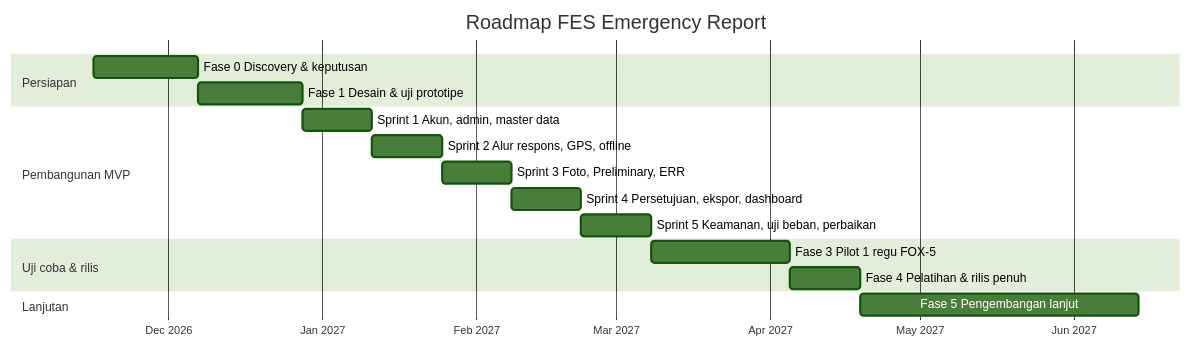
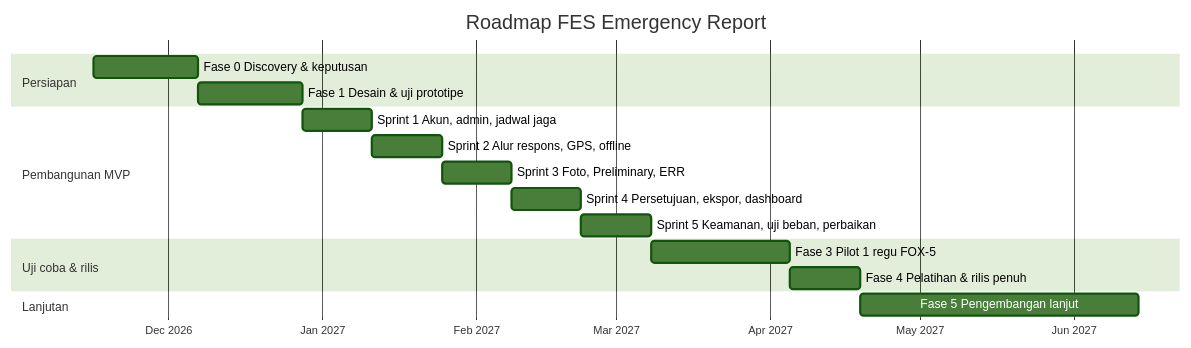
The third of 3 diagrams in PRD.md (Ghyland17/leoghynizm), drawn with Mermaid (forest theme) before and after one commit. The commit also changed other lines of this file, not shown here.

````diff
--- a/PRD.md
+++ b/PRD.md
@@ -643,20 +678,20 @@
 ```mermaid
 gantt
   title Roadmap FES Emergency Report
   dateFormat YYYY-MM-DD
   axisFormat %b %Y
   section Persiapan
   Fase 0 Discovery & keputusan        :f0, 2026-11-16, 3w
   Fase 1 Desain & uji prototipe        :f1, after f0, 3w
   section Pembangunan MVP
-  Sprint 1 Akun, admin, master data    :s1, after f1, 2w
+  Sprint 1 Akun, admin, jadwal jaga   :s1, after f1, 2w
   Sprint 2 Alur respons, GPS, offline  :s2, after s1, 2w
   Sprint 3 Foto, Preliminary, ERR      :s3, after s2, 2w
   Sprint 4 Persetujuan, ekspor, dashboard :s4, after s3, 2w
   Sprint 5 Keamanan, uji beban, perbaikan :s5, after s4, 2w
   section Uji coba & rilis
   Fase 3 Pilot 1 regu FOX-5           :p3, after s5, 4w
   Fase 4 Pelatihan & rilis penuh      :p4, after p3, 2w
   section Lanjutan
   Fase 5 Pengembangan lanjut          :p5, after p4, 8w
 ```
````
